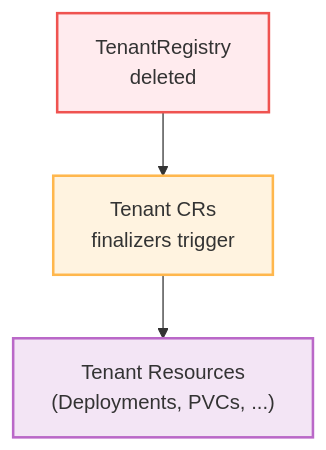
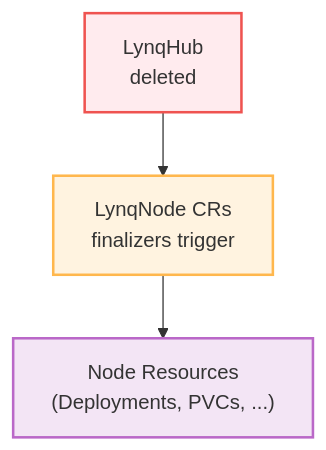
One commit to kubernetes-tenants/tenant-operator changed the second of 2 diagrams in docs/policies.md. Above: the diagram before and after it, drawn with Mermaid. The commit also changed other lines of this file and 203 other files, not shown here.

First line of the commit message:
feat!: Complete terminology migration from tenant-operator to Lynq

````diff
--- a/docs/policies.md
+++ b/docs/policies.md
@@ -260,8 +260,8 @@
 ```mermaid
 flowchart TB
-    Registry[TenantRegistry<br/>deleted] --> Tenants[Tenant CRs<br/>finalizers trigger]
-    Tenants --> Resources["Tenant Resources<br/>(Deployments, PVCs, ...)"]
-    style Registry fill:#ffebee,stroke:#ef5350,stroke-width:2px;
-    style Tenants fill:#fff3e0,stroke:#ffb74d,stroke-width:2px;
+    Hub[LynqHub<br/>deleted] --> Nodes[LynqNode CRs<br/>finalizers trigger]
+    Nodes --> Resources["Node Resources<br/>(Deployments, PVCs, ...)"]
+    style Hub fill:#ffebee,stroke:#ef5350,stroke-width:2px;
+    style Nodes fill:#fff3e0,stroke:#ffb74d,stroke-width:2px;
     style Resources fill:#f3e5f5,stroke:#ba68c8,stroke-width:2px;
 ```
````
